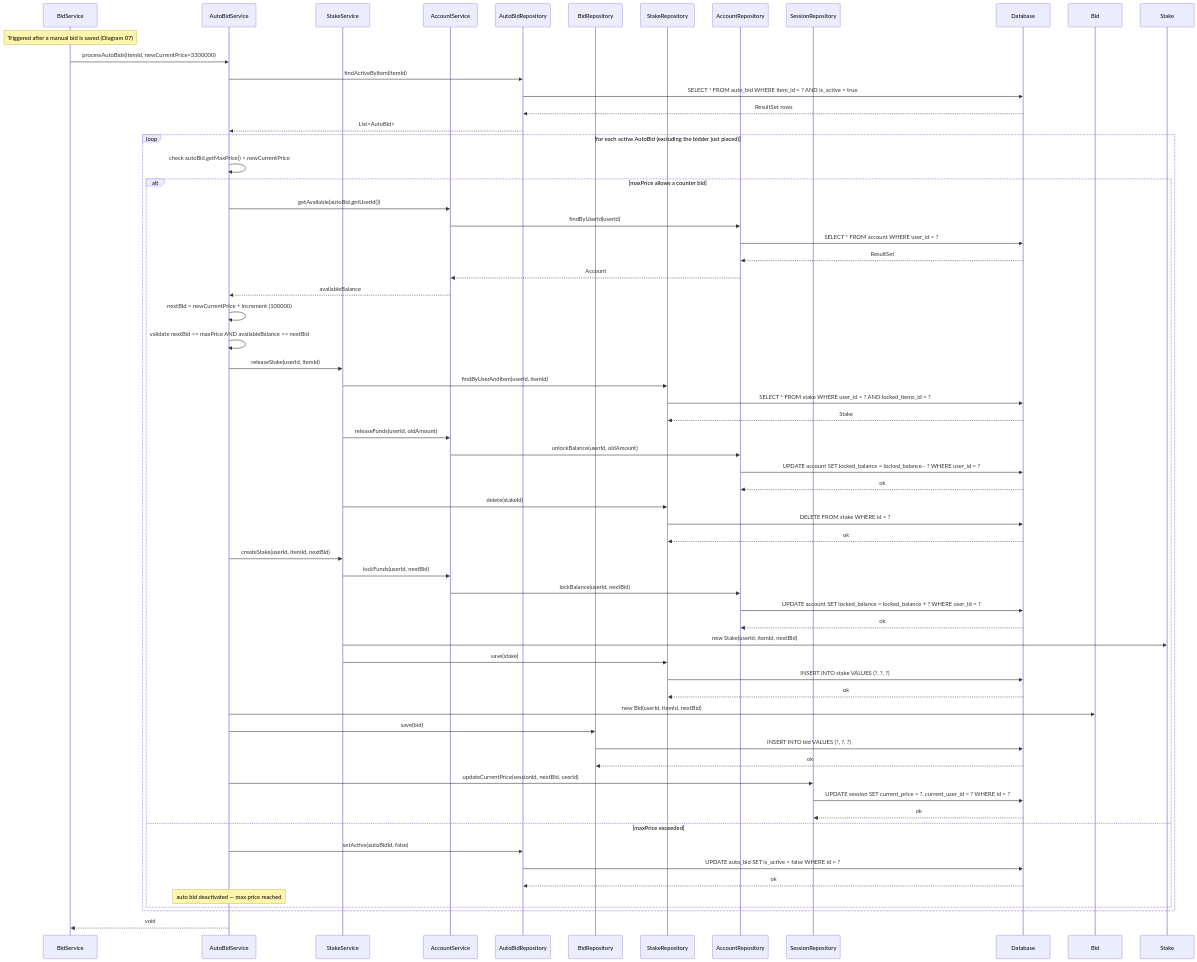
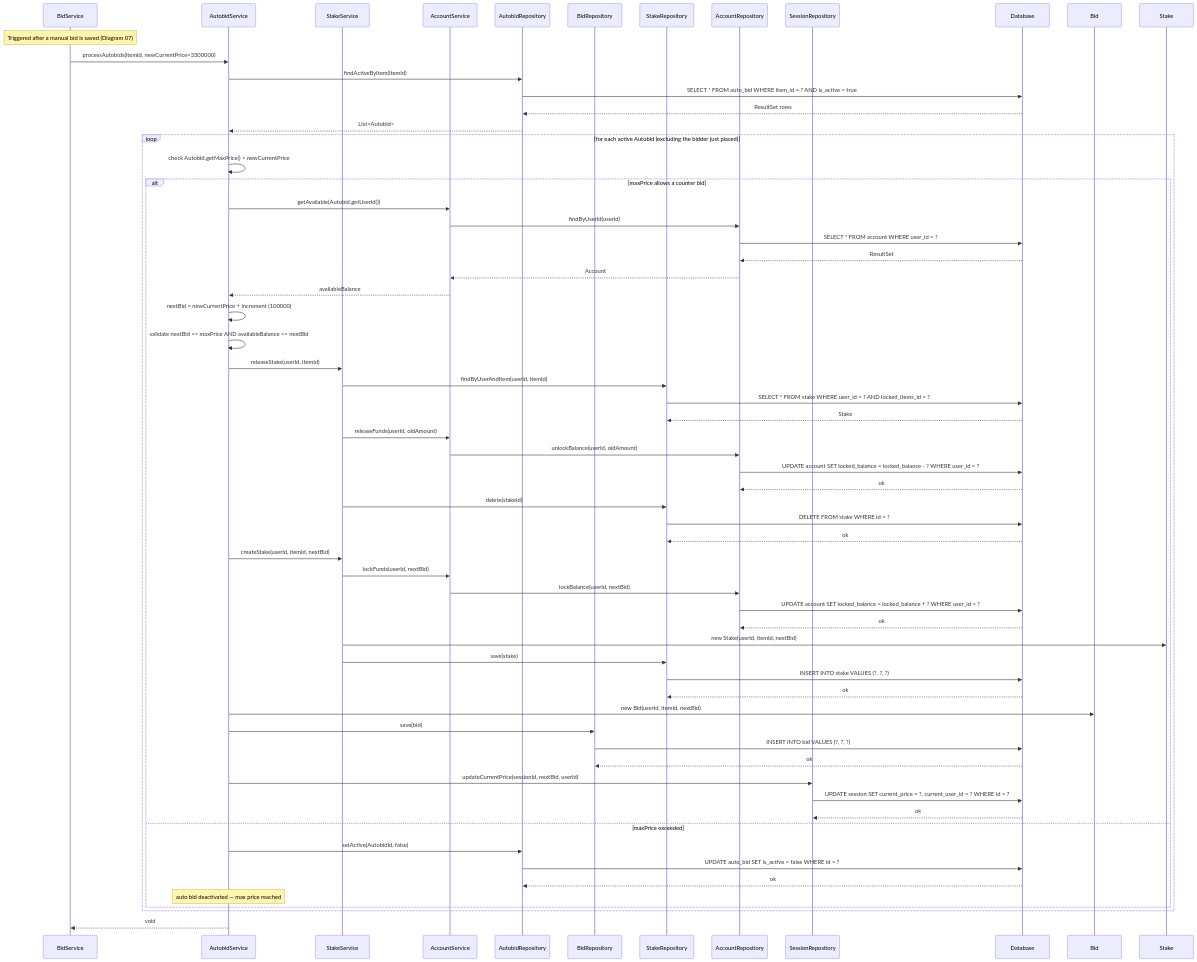
The eighth of 16 diagrams in docs/SEQUENCE_DIAGRAMS.md (dung581/HeThongDauGia), drawn with Mermaid before and after one commit. The commit also changed other lines of this file and 8 other files, not shown here.

````diff
--- a/docs/SEQUENCE_DIAGRAMS.md
+++ b/docs/SEQUENCE_DIAGRAMS.md
@@ -419,78 +419,78 @@
 ```mermaid
 sequenceDiagram
     participant BidSvc as BidService
-    participant AutoSvc as AutoBidService
+    participant AutoSvc as AutobidService
     participant StakeSvc as StakeService
     participant AccSvc as AccountService
-    participant AutoRepo as AutoBidRepository
+    participant AutoRepo as AutobidRepository
     participant BidRepo as BidRepository
     participant StakeRepo as StakeRepository
     participant AccRepo as AccountRepository
     participant SessRepo as SessionRepository
     participant DB as Database
     participant BidEntity as Bid
     participant StakeEntity as Stake
 
     Note over BidSvc: Triggered after a manual bid is saved (Diagram 07)
 
-    BidSvc->>AutoSvc: processAutoBids(itemId, newCurrentPrice=3300000)
+    BidSvc->>AutoSvc: processAutobids(itemId, newCurrentPrice=3300000)
 
     AutoSvc->>AutoRepo: findActiveByItem(itemId)
     AutoRepo->>DB: SELECT * FROM auto_bid WHERE item_id = ? AND is_active = true
     DB-->>AutoRepo: ResultSet rows
-    AutoRepo-->>AutoSvc: List<AutoBid>
+    AutoRepo-->>AutoSvc: List<Autobid>
 
-    loop for each active AutoBid (excluding the bidder just placed)
-        AutoSvc->>AutoSvc: check autoBid.getMaxPrice() > newCurrentPrice
+    loop for each active Autobid (excluding the bidder just placed)
+        AutoSvc->>AutoSvc: check Autobid.getMaxPrice() > newCurrentPrice
 
         alt maxPrice allows a counter bid
-            AutoSvc->>AccSvc: getAvailable(autoBid.getUserId())
+            AutoSvc->>AccSvc: getAvailable(Autobid.getUserId())
             AccSvc->>AccRepo: findByUserId(userId)
             AccRepo->>DB: SELECT * FROM account WHERE user_id = ?
             DB-->>AccRepo: ResultSet
             AccRepo-->>AccSvc: Account
             AccSvc-->>AutoSvc: availableBalance
 
             AutoSvc->>AutoSvc: nextBid = newCurrentPrice + increment (100000)
             AutoSvc->>AutoSvc: validate nextBid <= maxPrice AND availableBalance >= nextBid
 
             AutoSvc->>StakeSvc: releaseStake(userId, itemId)
             StakeSvc->>StakeRepo: findByUserAndItem(userId, itemId)
             StakeRepo->>DB: SELECT * FROM stake WHERE user_id = ? AND locked_items_id = ?
             DB-->>StakeRepo: Stake
             StakeSvc->>AccSvc: releaseFunds(userId, oldAmount)
             AccSvc->>AccRepo: unlockBalance(userId, oldAmount)
             AccRepo->>DB: UPDATE account SET locked_balance = locked_balance - ? WHERE user_id = ?
             DB-->>AccRepo: ok
             StakeSvc->>StakeRepo: delete(stakeId)
             StakeRepo->>DB: DELETE FROM stake WHERE id = ?
             DB-->>StakeRepo: ok
 
             AutoSvc->>StakeSvc: createStake(userId, itemId, nextBid)
             StakeSvc->>AccSvc: lockFunds(userId, nextBid)
             AccSvc->>AccRepo: lockBalance(userId, nextBid)
             AccRepo->>DB: UPDATE account SET locked_balance = locked_balance + ? WHERE user_id = ?
             DB-->>AccRepo: ok
             StakeSvc->>StakeEntity: new Stake(userId, itemId, nextBid)
             StakeSvc->>StakeRepo: save(stake)
             StakeRepo->>DB: INSERT INTO stake VALUES (?, ?, ?)
             DB-->>StakeRepo: ok
 
             AutoSvc->>BidEntity: new Bid(userId, itemId, nextBid)
             AutoSvc->>BidRepo: save(bid)
             BidRepo->>DB: INSERT INTO bid VALUES (?, ?, ?)
             DB-->>BidRepo: ok
 
             AutoSvc->>SessRepo: updateCurrentPrice(sessionId, nextBid, userId)
             SessRepo->>DB: UPDATE session SET current_price = ?, current_user_id = ? WHERE id = ?
             DB-->>SessRepo: ok
         else maxPrice exceeded
-            AutoSvc->>AutoRepo: setActive(autoBidId, false)
+            AutoSvc->>AutoRepo: setActive(AutobidId, false)
             AutoRepo->>DB: UPDATE auto_bid SET is_active = false WHERE id = ?
             DB-->>AutoRepo: ok
             Note over AutoSvc: auto bid deactivated — max price reached
         end
     end
 
     AutoSvc-->>BidSvc: void
 ```
````
